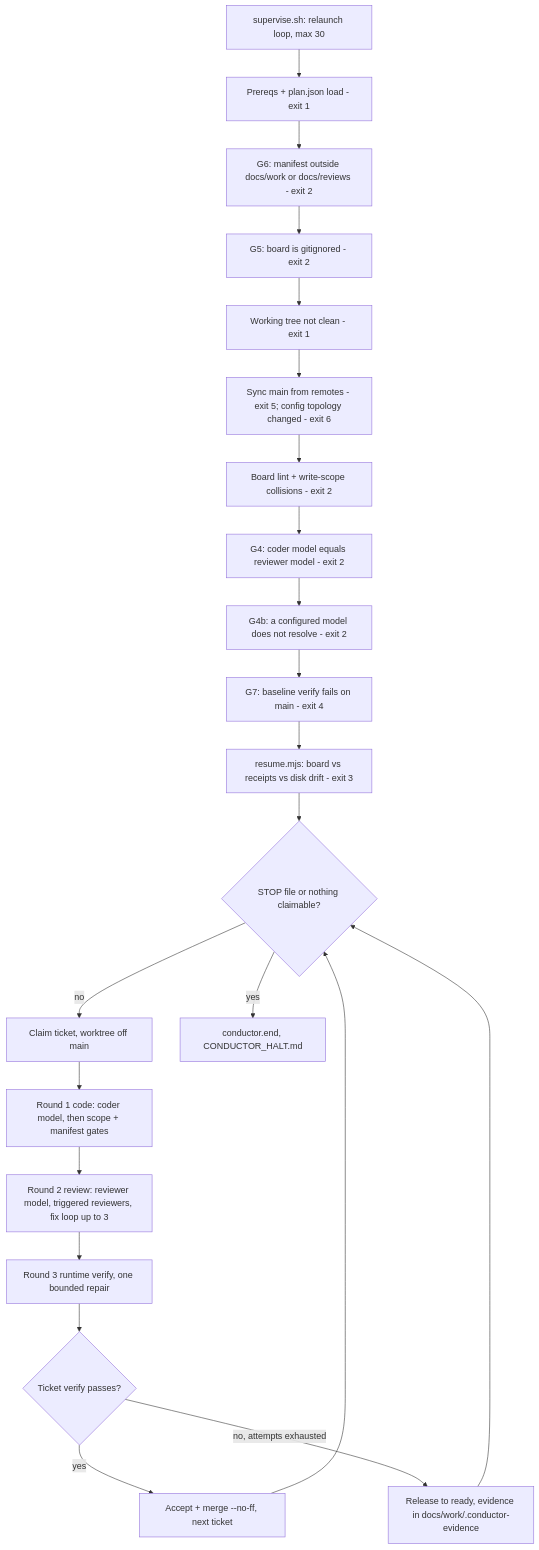
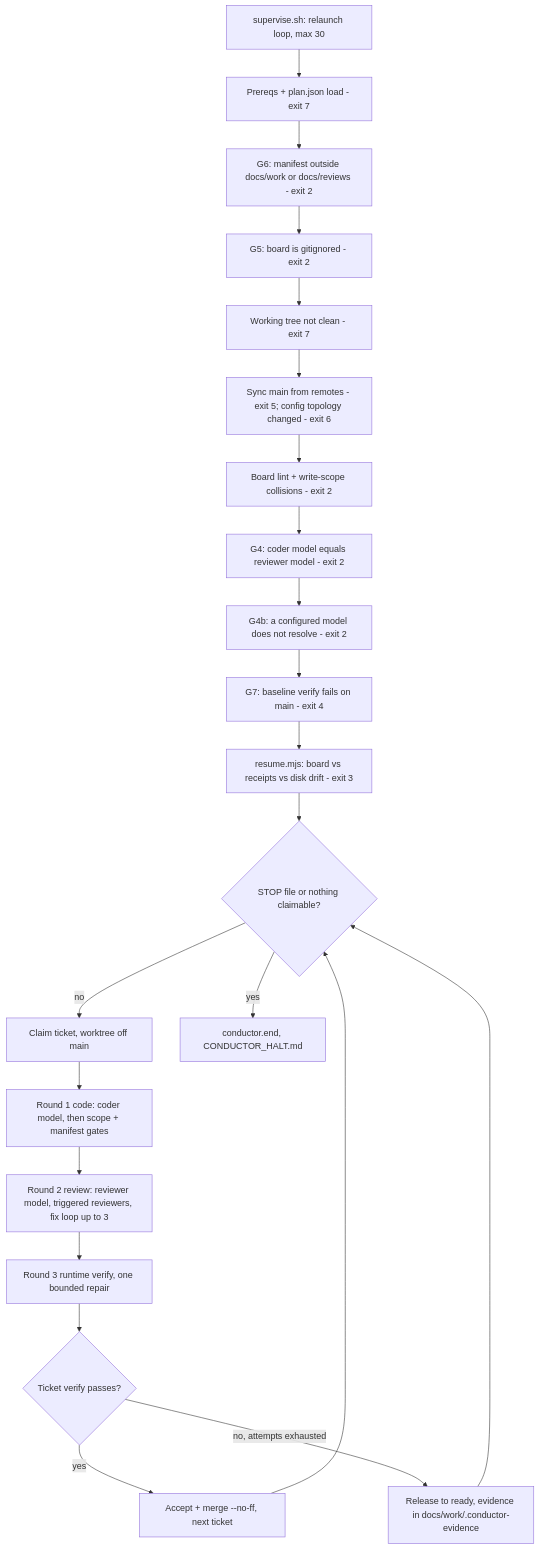
The diagram in docs/flows/unattended.md (bpmforge/attest), drawn with Mermaid before and after one commit. The commit also changed other lines of this file and 4 other files, not shown here.

First line of the commit message:
fix(conductor): environment refusals exit 7 so supervise.sh stops instead of relaunching 30x

````diff
--- a/docs/flows/unattended.md
+++ b/docs/flows/unattended.md
@@ -11,24 +11,24 @@
 ```mermaid
 flowchart TD
-    SV["supervise.sh: relaunch loop, max 30"] --> P["Prereqs + plan.json load - exit 1"]
+    SV["supervise.sh: relaunch loop, max 30"] --> P["Prereqs + plan.json load - exit 7"]
     P --> G6["G6: manifest outside docs/work or docs/reviews - exit 2"]
     G6 --> G5["G5: board is gitignored - exit 2"]
-    G5 --> CL["Working tree not clean - exit 1"]
+    G5 --> CL["Working tree not clean - exit 7"]
     CL --> SY["Sync main from remotes - exit 5; config topology changed - exit 6"]
     SY --> LI["Board lint + write-scope collisions - exit 2"]
     LI --> G4["G4: coder model equals reviewer model - exit 2"]
     G4 --> G4b["G4b: a configured model does not resolve - exit 2"]
     G4b --> G7["G7: baseline verify fails on main - exit 4"]
     G7 --> RS["resume.mjs: board vs receipts vs disk drift - exit 3"]
     RS --> LOOP{"STOP file or nothing claimable?"}
     LOOP -->|no| CLM["Claim ticket, worktree off main"]
     CLM --> R1["Round 1 code: coder model, then scope + manifest gates"]
     R1 --> R2["Round 2 review: reviewer model, triggered reviewers, fix loop up to 3"]
     R2 --> R3["Round 3 runtime verify, one bounded repair"]
     R3 --> CLS{"Ticket verify passes?"}
     CLS -->|yes| MG["Accept + merge --no-ff, next ticket"]
     MG --> LOOP
     CLS -->|"no, attempts exhausted"| REL["Release to ready, evidence in docs/work/.conductor-evidence"]
     REL --> LOOP
     LOOP -->|yes| END["conductor.end, CONDUCTOR_HALT.md"]
 ```
````
